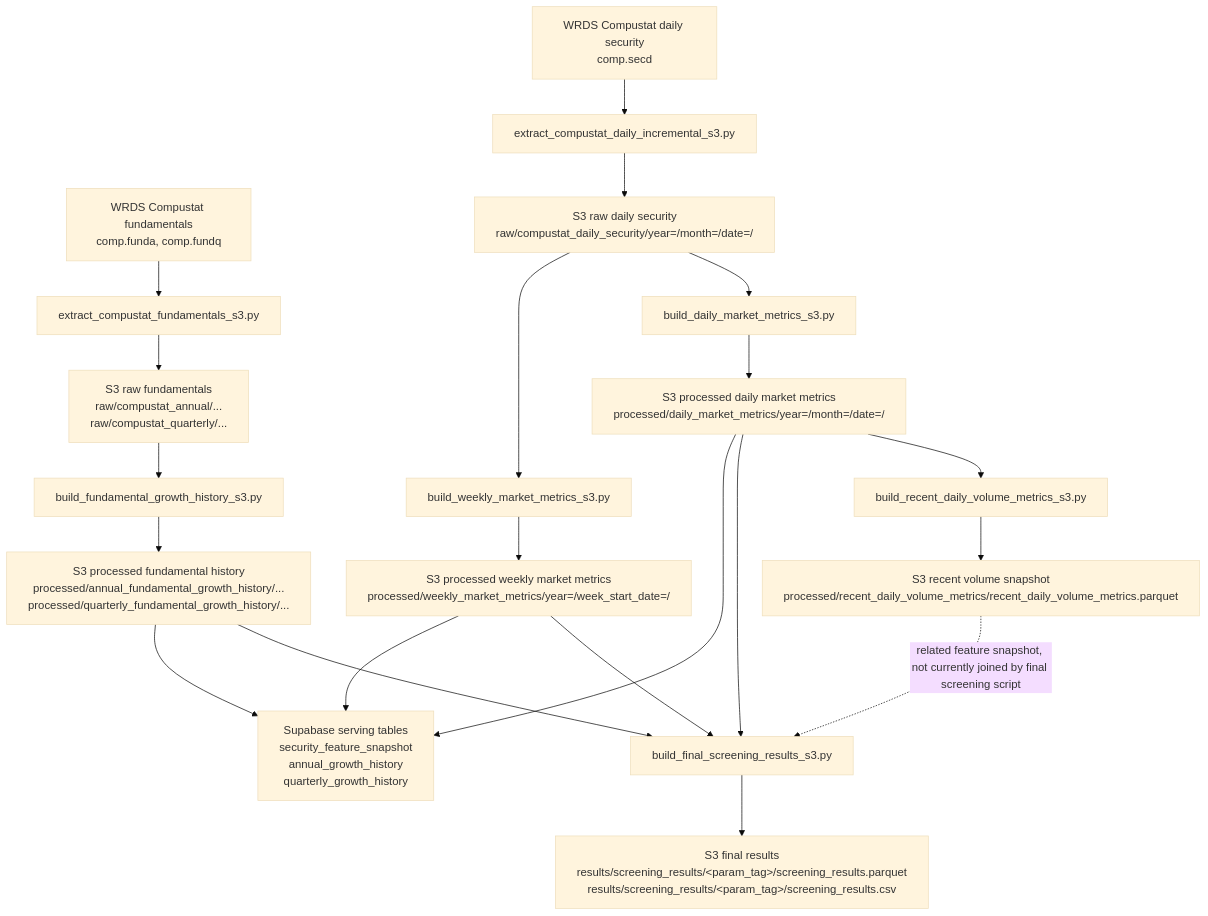
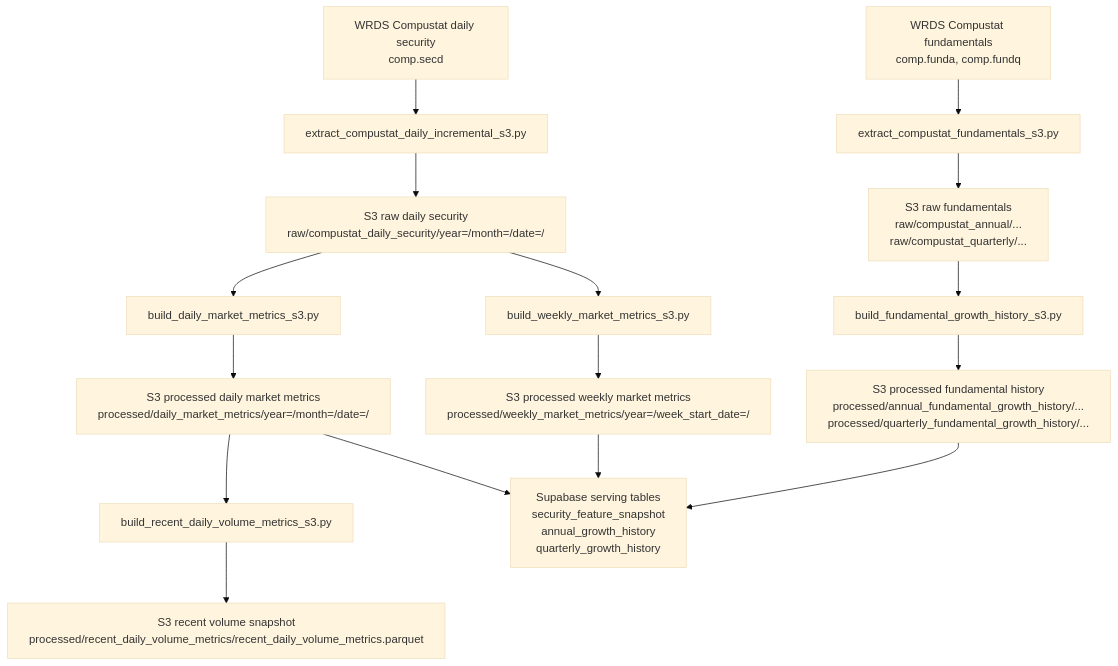
The diagram in docs/full_pipeline_data_flow.md (ysnoGit/nasdaq-stock-recommendation), drawn with Mermaid (base theme) before and after one commit. The commit also changed other lines of this file and 3 other files, not shown here.

````diff
--- a/docs/full_pipeline_data_flow.md
+++ b/docs/full_pipeline_data_flow.md
@@ -63,31 +60,24 @@
 ```mermaid
 flowchart TD
     WRDSF["WRDS Compustat fundamentals<br/>comp.funda, comp.fundq"] --> EF["extract_compustat_fundamentals_s3.py"]
     WRDSD["WRDS Compustat daily security<br/>comp.secd"] --> ED["extract_compustat_daily_incremental_s3.py"]
 
     EF --> RAWF["S3 raw fundamentals<br/>raw/compustat_annual/...<br/>raw/compustat_quarterly/..."]
     ED --> RAWD["S3 raw daily security<br/>raw/compustat_daily_security/year=/month=/date=/"]
 
     RAWF --> FGH["build_fundamental_growth_history_s3.py"]
     FGH --> PFH["S3 processed fundamental history<br/>processed/annual_fundamental_growth_history/...<br/>processed/quarterly_fundamental_growth_history/..."]
 
     RAWD --> DMM["build_daily_market_metrics_s3.py"]
     RAWD --> WMM["build_weekly_market_metrics_s3.py"]
 
     DMM --> PDM["S3 processed daily market metrics<br/>processed/daily_market_metrics/year=/month=/date=/"]
     WMM --> PWM["S3 processed weekly market metrics<br/>processed/weekly_market_metrics/year=/week_start_date=/"]
 
     PDM --> RDV["build_recent_daily_volume_metrics_s3.py"]
     RDV --> PRV["S3 recent volume snapshot<br/>processed/recent_daily_volume_metrics/recent_daily_volume_metrics.parquet"]
 
-    PDM --> SCR["build_final_screening_results_s3.py"]
-    PWM --> SCR
-    PFH --> SCR
-    PRV -. "related feature snapshot, not currently joined by final screening script" .-> SCR
-
-    SCR --> RES["S3 final results<br/>results/screening_results/&lt;param_tag&gt;/screening_results.parquet<br/>results/screening_results/&lt;param_tag&gt;/screening_results.csv"]
-
     PDM --> SUPA["Supabase serving tables<br/>security_feature_snapshot<br/>annual_growth_history<br/>quarterly_growth_history"]
     PWM --> SUPA
     PFH --> SUPA
 ```
````
